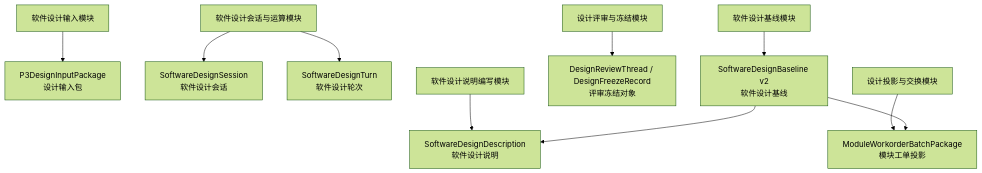
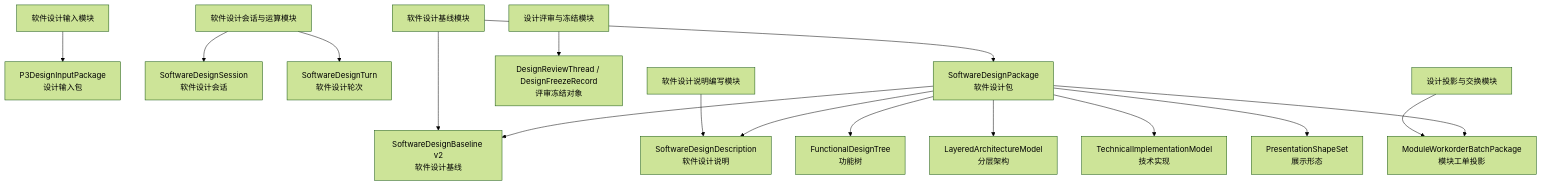
The seventh of 10 diagrams in DOC/CODEX_DOC/02_设计说明/P3_软件设计系统/P3-软件设计系统设计.md (wgwtest/CodeFactoryV2), drawn with Mermaid (forest theme) before and after one commit. The commit also changed other lines of this file, not shown here.

````diff
--- a/DOC/CODEX_DOC/02_设计说明/P3_软件设计系统/P3-软件设计系统设计.md
+++ b/DOC/CODEX_DOC/02_设计说明/P3_软件设计系统/P3-软件设计系统设计.md
@@ -1477,27 +1519,38 @@
 ```mermaid
 flowchart TB
   Input["P3DesignInputPackage<br/>设计输入包"]
   Session["SoftwareDesignSession<br/>软件设计会话"]
   Turn["SoftwareDesignTurn<br/>软件设计轮次"]
+  Package["SoftwareDesignPackage<br/>软件设计包"]
   Baseline["SoftwareDesignBaseline v2<br/>软件设计基线"]
   Document["SoftwareDesignDescription<br/>软件设计说明"]
+  FunctionalTree["FunctionalDesignTree<br/>功能树"]
+  Architecture["LayeredArchitectureModel<br/>分层架构"]
+  Technical["TechnicalImplementationModel<br/>技术实现"]
+  Presentation["PresentationShapeSet<br/>展示形态"]
   Workorder["ModuleWorkorderBatchPackage<br/>模块工单投影"]
   Review["DesignReviewThread / DesignFreezeRecord<br/>评审冻结对象"]
 
   InputModule["软件设计输入模块"]
   SessionModule["软件设计会话与运算模块"]
   BaselineModule["软件设计基线模块"]
   AuthoringModule["软件设计说明编写模块"]
   ProjectionModule["设计投影与交换模块"]
   GovernanceModule["设计评审与冻结模块"]
 
   InputModule --> Input
   SessionModule --> Session
   SessionModule --> Turn
+  BaselineModule --> Package
   BaselineModule --> Baseline
   AuthoringModule --> Document
   ProjectionModule --> Workorder
   GovernanceModule --> Review
-  Baseline --> Document
-  Baseline --> Workorder
+  Package --> Baseline
+  Package --> Document
+  Package --> FunctionalTree
+  Package --> Architecture
+  Package --> Technical
+  Package --> Presentation
+  Package --> Workorder
 ```
````
